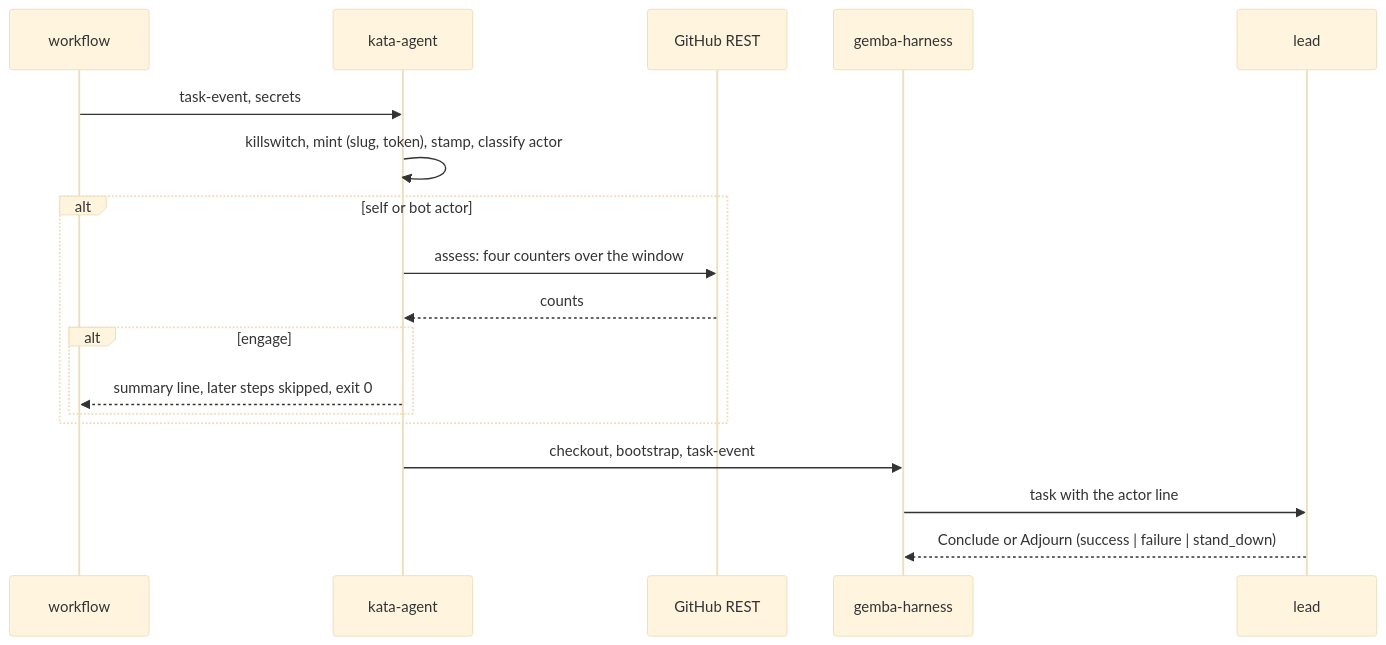
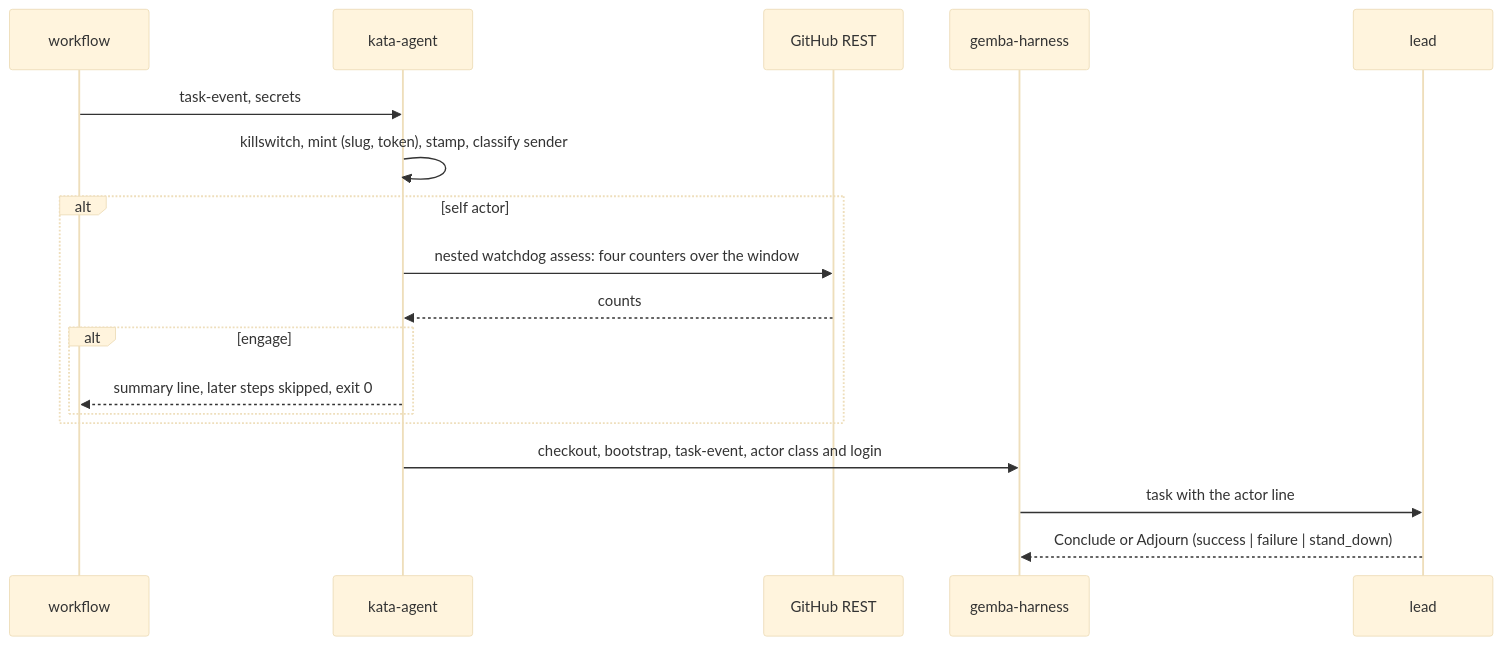
One commit to forwardimpact/monorepo changed the second of 2 diagrams in specs/2350-dispatch-chain-triage/design-a.md. Above: the diagram before and after it, drawn with Mermaid (base theme). The commit also changed other lines of this file, not shown here.

First line of the commit message:
design(2350): self-only gate with one home for the actor rule (#2145)

````diff
--- a/specs/2350-dispatch-chain-triage/design-a.md
+++ b/specs/2350-dispatch-chain-triage/design-a.md
@@ -85,20 +89,20 @@
 ```mermaid
 sequenceDiagram
     participant W as workflow
     participant A as kata-agent
     participant G as GitHub REST
     participant H as gemba-harness
     participant L as lead
     W->>A: task-event, secrets
-    A->>A: killswitch, mint (slug, token), stamp, classify actor
-    alt self or bot actor
-        A->>G: assess: four counters over the window
+    A->>A: killswitch, mint (slug, token), stamp, classify sender
+    alt self actor
+        A->>G: nested watchdog assess: four counters over the window
         G-->>A: counts
         alt engage
             A-->>W: summary line, later steps skipped, exit 0
         end
     end
-    A->>H: checkout, bootstrap, task-event
+    A->>H: checkout, bootstrap, task-event, actor class and login
     H->>L: task with the actor line
     L-->>H: Conclude or Adjourn (success | failure | stand_down)
 ```
````
